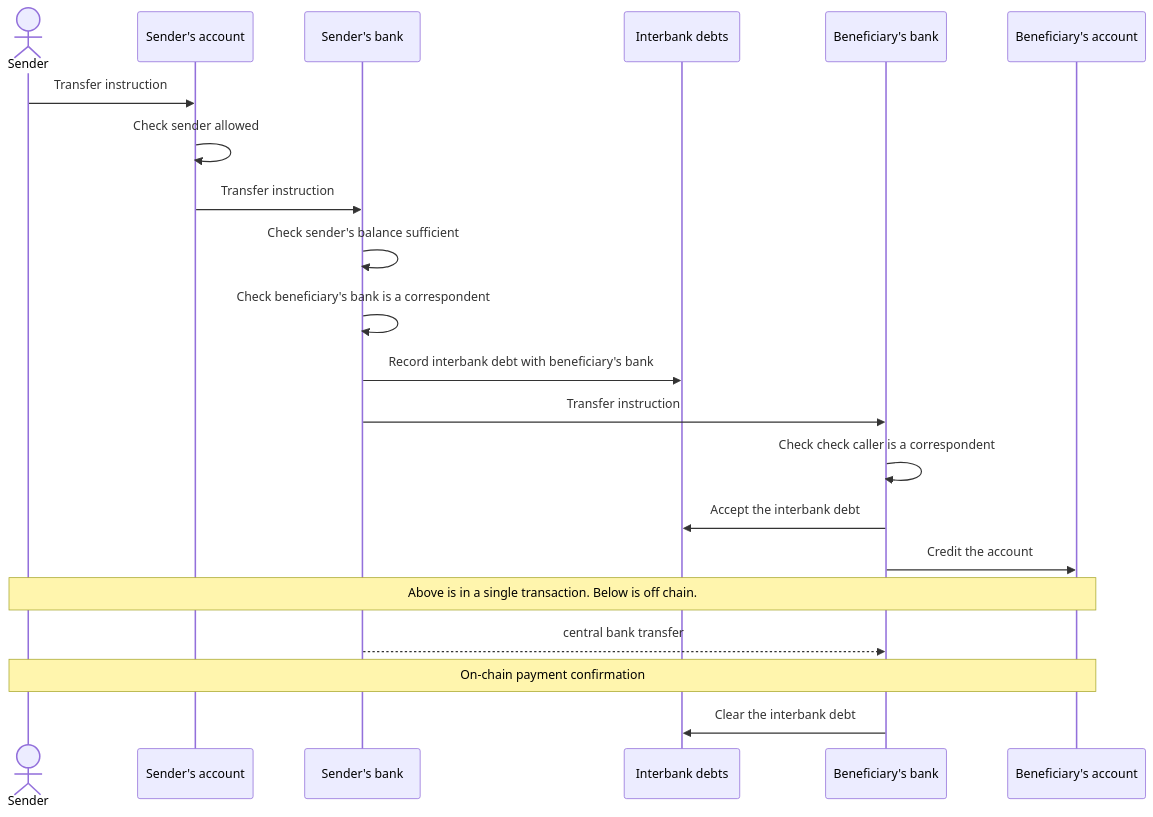
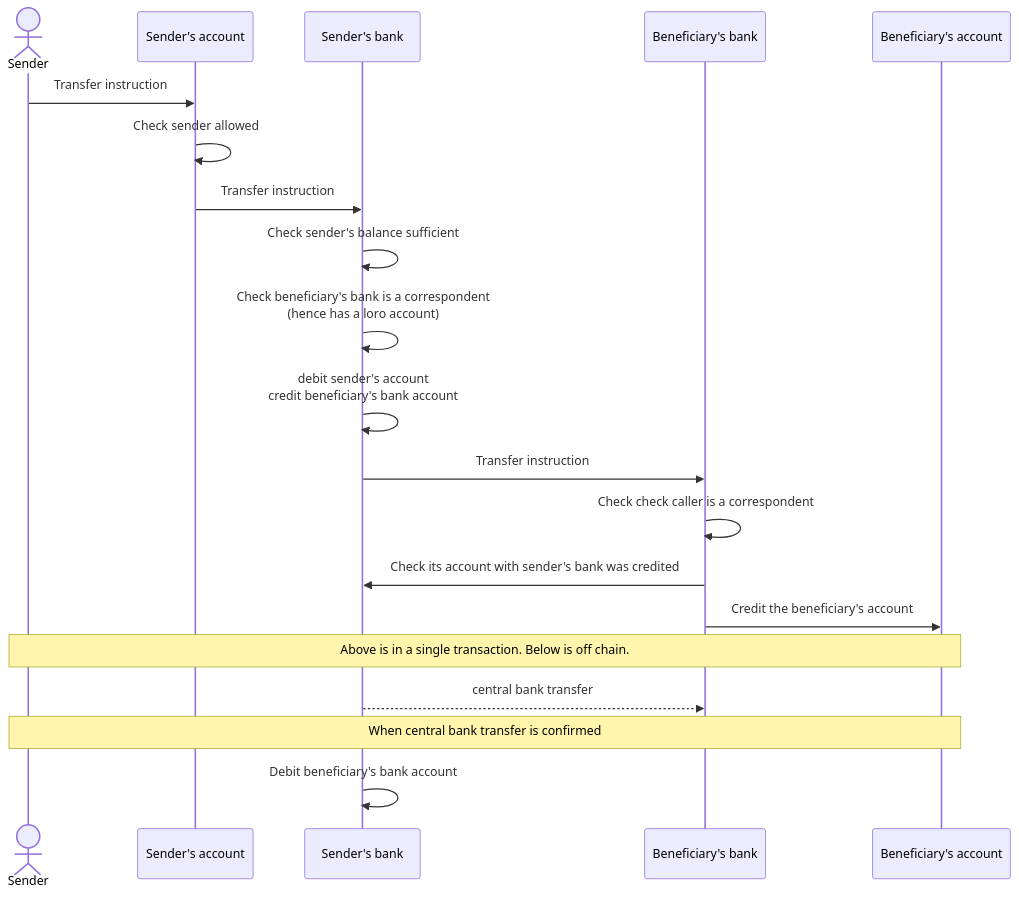
One commit to so-cash/.github changed the first of 4 diagrams in profile/README.md. Above: the diagram before and after it, drawn with Mermaid. The commit also changed other lines of this file, not shown here.

Commit message:
feat: Update DvP Diagram and add explanations

````diff
--- a/profile/README.md
+++ b/profile/README.md
@@ -63,24 +105,22 @@
 ```mermaid
 sequenceDiagram;
     actor Sender as Sender;
     participant SenderAccount as Sender's account;
     participant SenderBank as Sender's bank;
-    participant IOU as Interbank debts;
     participant BeneficiaryBank as Beneficiary's bank;
     participant BeneficiaryAccount as Beneficiary's account;
     Sender->>SenderAccount: Transfer instruction
     SenderAccount->>SenderAccount: Check sender allowed
     SenderAccount->>SenderBank: Transfer instruction
     SenderBank->>SenderBank: Check sender's balance sufficient
-    SenderBank->>SenderBank: Check beneficiary's bank is a correspondent
-    SenderBank->>IOU: Record interbank debt with beneficiary's bank
+    SenderBank->>SenderBank: Check beneficiary's bank is a correspondent<br>(hence has a loro account)
+    SenderBank->>SenderBank: debit sender's account <br>credit beneficiary's bank account
     SenderBank->>BeneficiaryBank: Transfer instruction
     BeneficiaryBank->>BeneficiaryBank: Check check caller is a correspondent
-    BeneficiaryBank->>IOU: Accept the interbank debt
-    BeneficiaryBank->>BeneficiaryAccount: Credit the account
+    BeneficiaryBank->>SenderBank: Check its account with sender's bank was credited
+    BeneficiaryBank->>BeneficiaryAccount: Credit the beneficiary's account
     note over Sender,BeneficiaryAccount: Above is in a single transaction. Below is off chain.
     SenderBank-->>BeneficiaryBank: central bank transfer
-    note over Sender,BeneficiaryAccount: On-chain payment confirmation
-    BeneficiaryBank->>IOU: Clear the interbank debt
-
+    note over Sender,BeneficiaryAccount: When central bank transfer is confirmed
+    SenderBank->>SenderBank: Debit beneficiary's bank account
 ```
````
